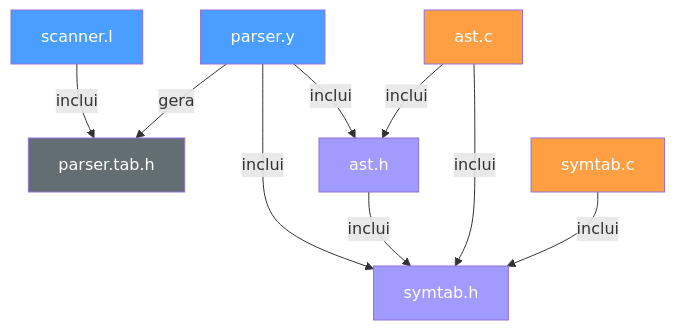
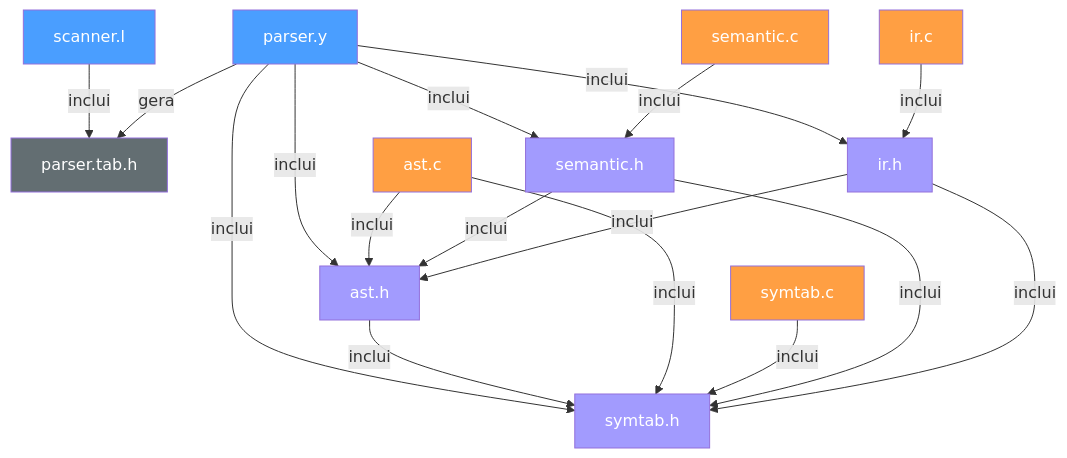
The diagram in docs/arquitetura_interpretador.md (UnB-Coding/compiladores1), drawn with Mermaid before and after one commit. The commit also changed other lines of this file and 9 other files, not shown here.

````diff
--- a/docs/arquitetura_interpretador.md
+++ b/docs/arquitetura_interpretador.md
@@ -405,19 +415,31 @@
 ```mermaid
 graph TD
     A[scanner.l] -->|inclui| B[parser.tab.h]
     C[parser.y] -->|gera| B
     C -->|inclui| D[ast.h]
     C -->|inclui| E[symtab.h]
+    C -->|inclui| H[semantic.h]
+    C -->|inclui| I[ir.h]
     D -->|inclui| E
     F[ast.c] -->|inclui| D
     F -->|inclui| E
     G[symtab.c] -->|inclui| E
+    J[semantic.c] -->|inclui| H
+    H -->|inclui| D
+    H -->|inclui| E
+    K[ir.c] -->|inclui| I
+    I -->|inclui| D
+    I -->|inclui| E
 
     style A fill:#4a9eff,color:#fff
     style C fill:#4a9eff,color:#fff
     style F fill:#ff9f43,color:#fff
     style G fill:#ff9f43,color:#fff
+    style J fill:#ff9f43,color:#fff
+    style K fill:#ff9f43,color:#fff
     style D fill:#a29bfe,color:#fff
     style E fill:#a29bfe,color:#fff
+    style H fill:#a29bfe,color:#fff
+    style I fill:#a29bfe,color:#fff
     style B fill:#636e72,color:#fff
 ```
````
